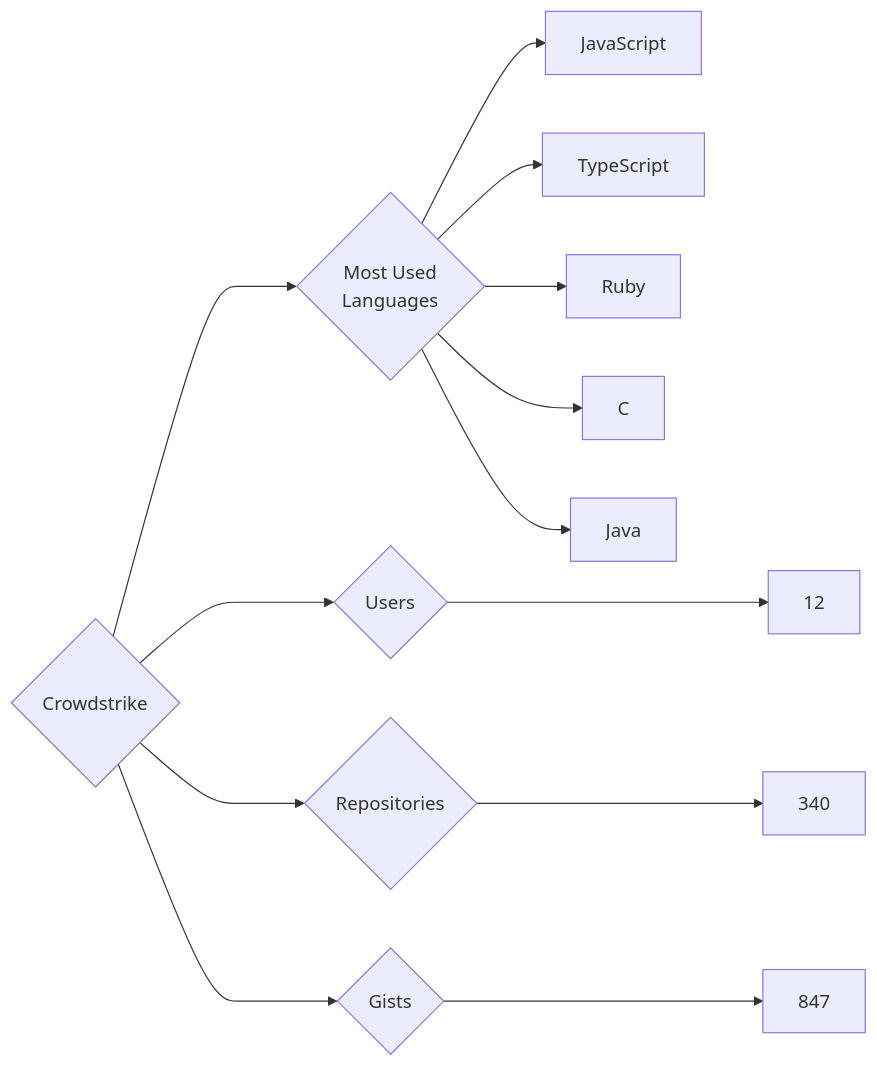
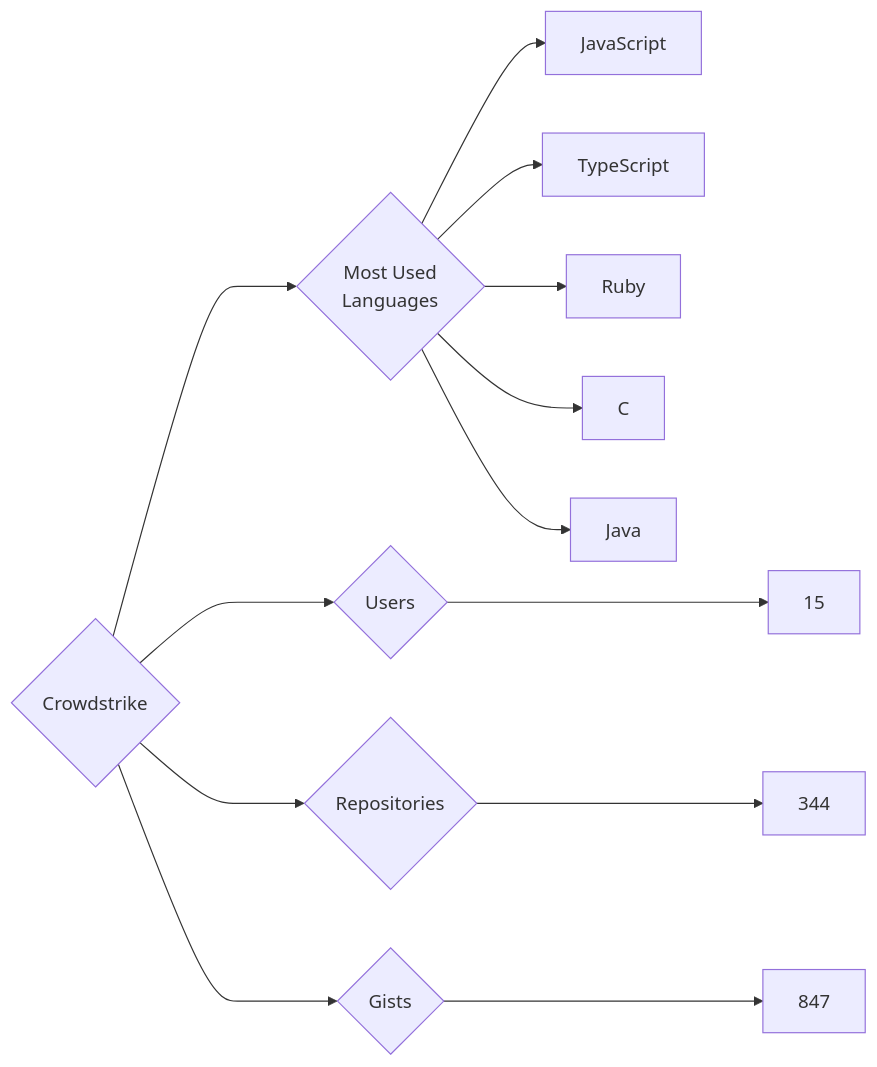
One commit to trickest/insiders changed the diagram in targets/Crowdstrike/README.md. Above: the diagram before and after it, drawn with Mermaid. The commit also changed 721 other files, not shown here.

````diff
--- a/targets/Crowdstrike/README.md
+++ b/targets/Crowdstrike/README.md
@@ -3,13 +3,13 @@
 ```mermaid
 graph LR
 COMPANY_NAME{Crowdstrike}
-COMPANY_NAME ---> U{Users} ---> UN[12]
-COMPANY_NAME ---> R{Repositories} ---> RN[340]
+COMPANY_NAME ---> U{Users} ---> UN[15]
+COMPANY_NAME ---> R{Repositories} ---> RN[344]
 COMPANY_NAME ---> G{Gists} ---> GN[847]
 COMPANY_NAME ---> ML{Most Used<br>Languages}
 ML --> JavaScript[JavaScript]
 ML --> TypeScript[TypeScript]
 ML --> Ruby[Ruby]
 ML --> C[C]
 ML --> Java[Java]
 ```
````
